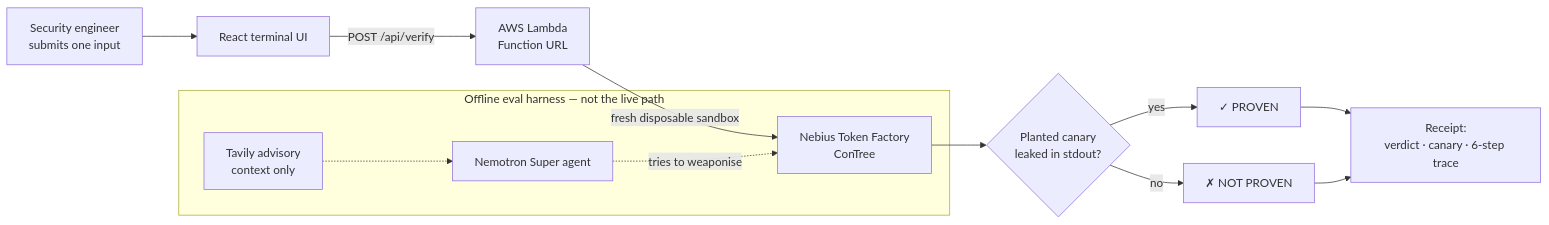
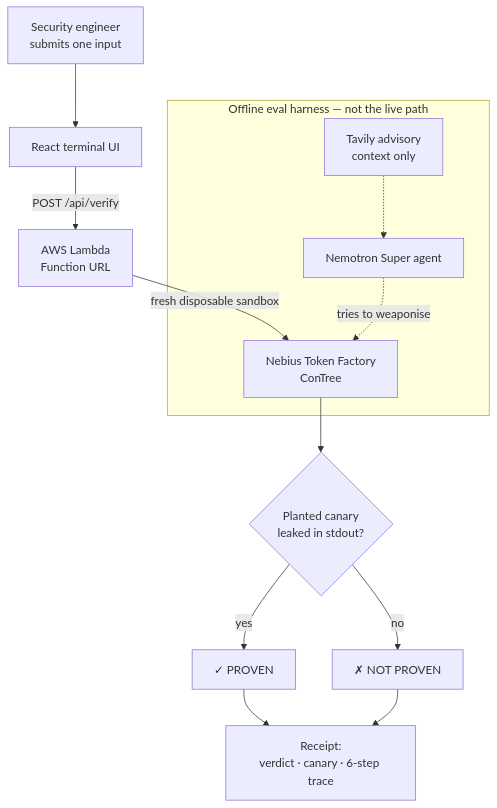
Before and after one commit to raharinonymanana/nebius-hackathon: the diagram in README.md, drawn with Mermaid.

Commit message:
docs: README diagram top-down for legibility

````diff
--- a/README.md
+++ b/README.md
@@ -58,16 +58,16 @@
 ```mermaid
-flowchart LR
+flowchart TD
   U[Security engineer<br/>submits one input] --> FE[React terminal UI]
   FE -->|POST /api/verify| LMB[AWS Lambda<br/>Function URL]
   LMB -->|fresh disposable sandbox| CT[Nebius Token Factory<br/>ConTree]
   CT --> V{Planted canary<br/>leaked in stdout?}
   V -->|yes| P[✓ PROVEN]
   V -->|no| N[✗ NOT PROVEN]
   P --> R[Receipt:<br/>verdict · canary · 6-step trace]
   N --> R
 
   subgraph eval[Offline eval harness — not the live path]
     AG[Nemotron Super agent] -.tries to weaponise.-> CT
     TA[Tavily advisory<br/>context only] -.-> AG
   end
 ```
````
